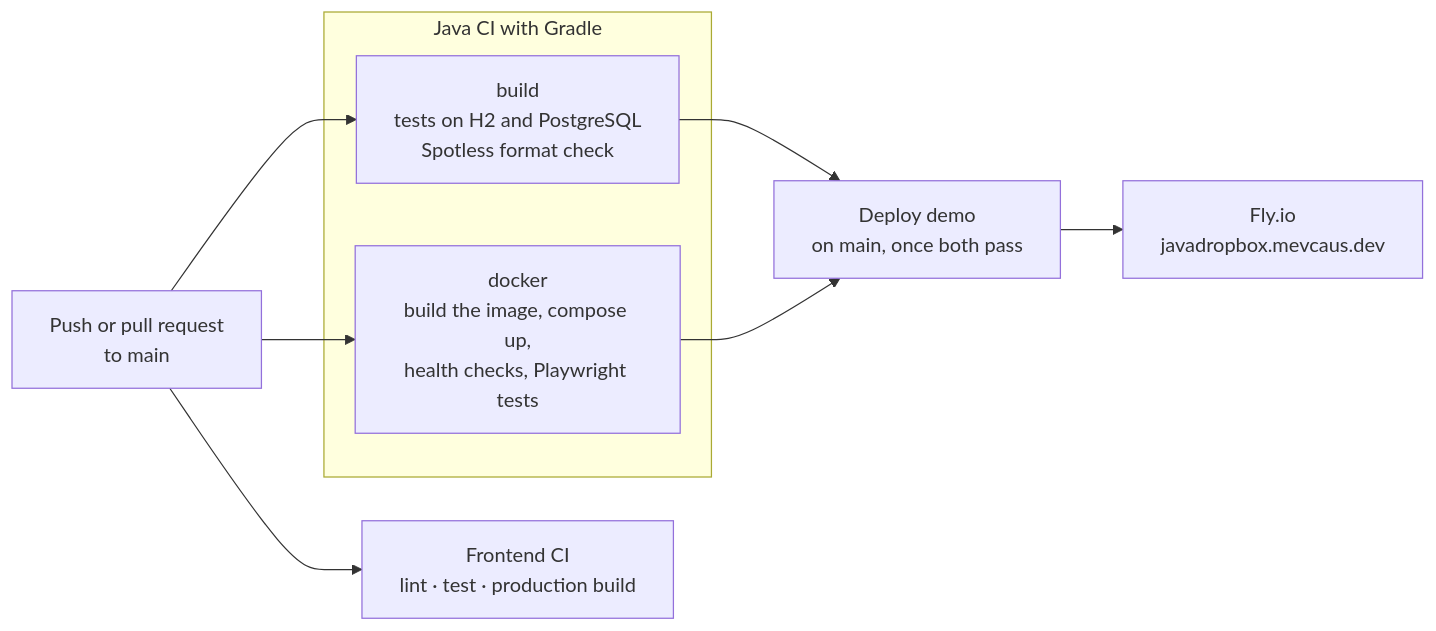
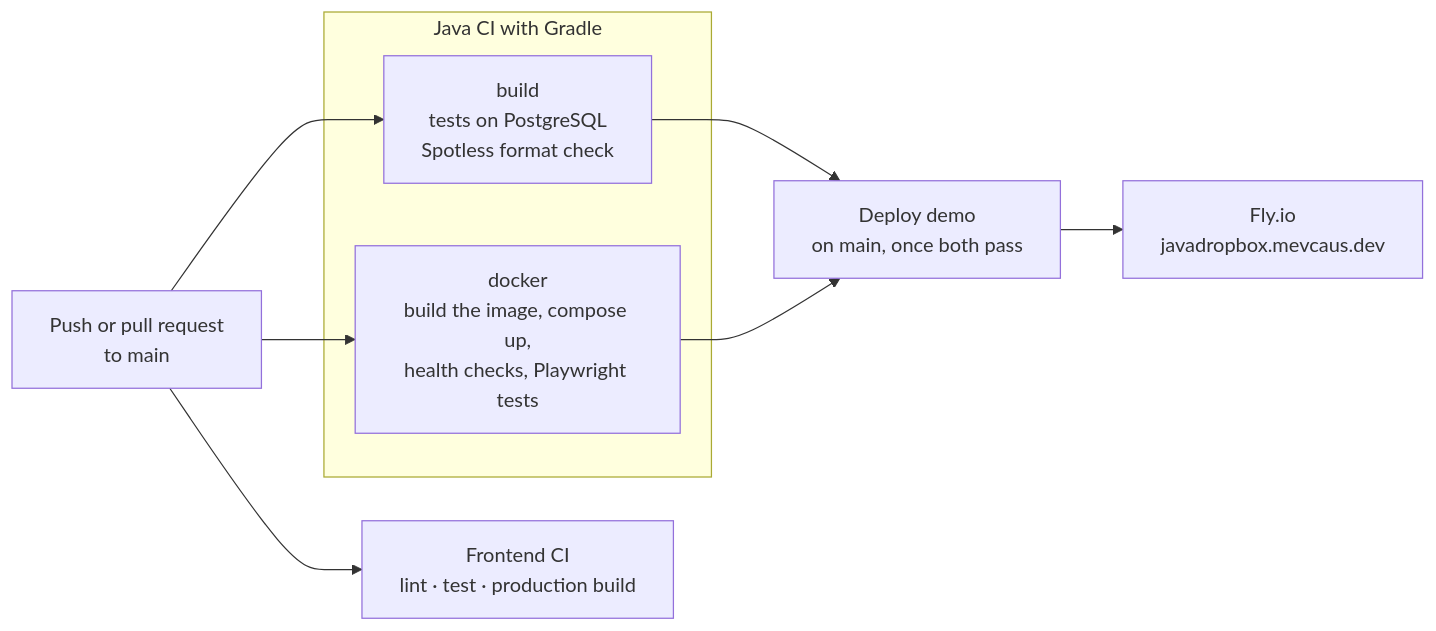
One commit to mevcaus/JavaDropbox changed the sixth of 6 diagrams in README.md. Above: the diagram before and after it, drawn with Mermaid. The commit also changed other lines of this file and 2 other files, not shown here.

````diff
--- a/README.md
+++ b/README.md
@@ -318,14 +318,14 @@
 ```mermaid
 flowchart LR
     Push["Push or pull request<br/>to main"] --> Build & Docker & Frontend
 
     subgraph Gradle["Java CI with Gradle"]
-        Build["build<br/>tests on H2 and PostgreSQL<br/>Spotless format check"]
+        Build["build<br/>tests on PostgreSQL<br/>Spotless format check"]
         Docker["docker<br/>build the image, compose up,<br/>health checks, Playwright tests"]
     end
 
     Frontend["Frontend CI<br/>lint · test · production build"]
 
     Build & Docker --> Deploy["Deploy demo<br/>on main, once both pass"]
     Deploy --> Fly["Fly.io<br/>javadropbox.mevcaus.dev"]
 ```
````
